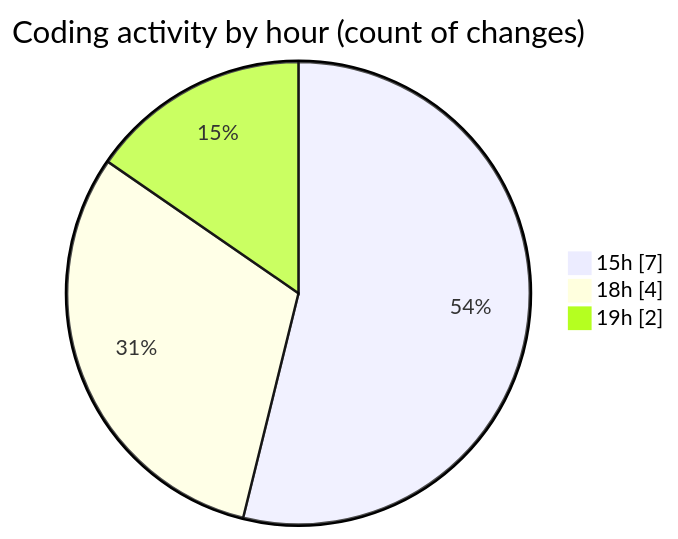
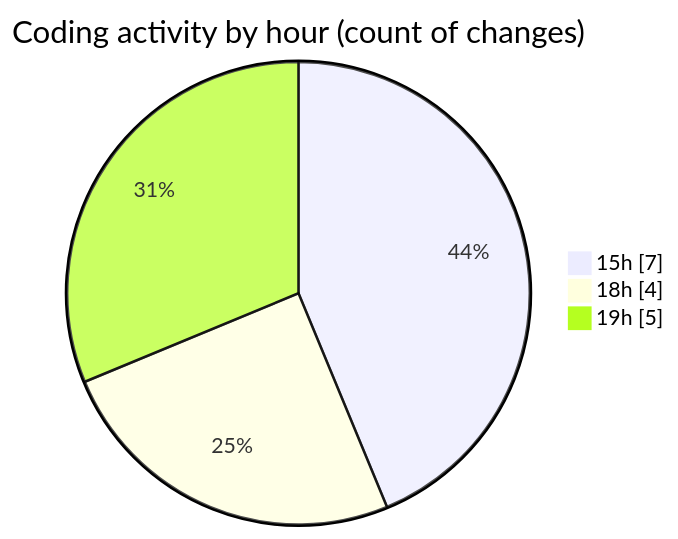
Before and after one commit to donsfak/code-tracking: the second of 2 diagrams in 2025-02-08/maps_clone/README.md, drawn with Mermaid. The commit also changed other lines of this file and 1 other file, not shown here.

````diff
--- a/2025-02-08/maps_clone/README.md
+++ b/2025-02-08/maps_clone/README.md
@@ -28,7 +30,7 @@
 ```mermaid
 pie showData
 title Coding activity by hour (count of changes)
 "15h" : 7
 "18h" : 4
-"19h" : 2
+"19h" : 5
 ```
````
